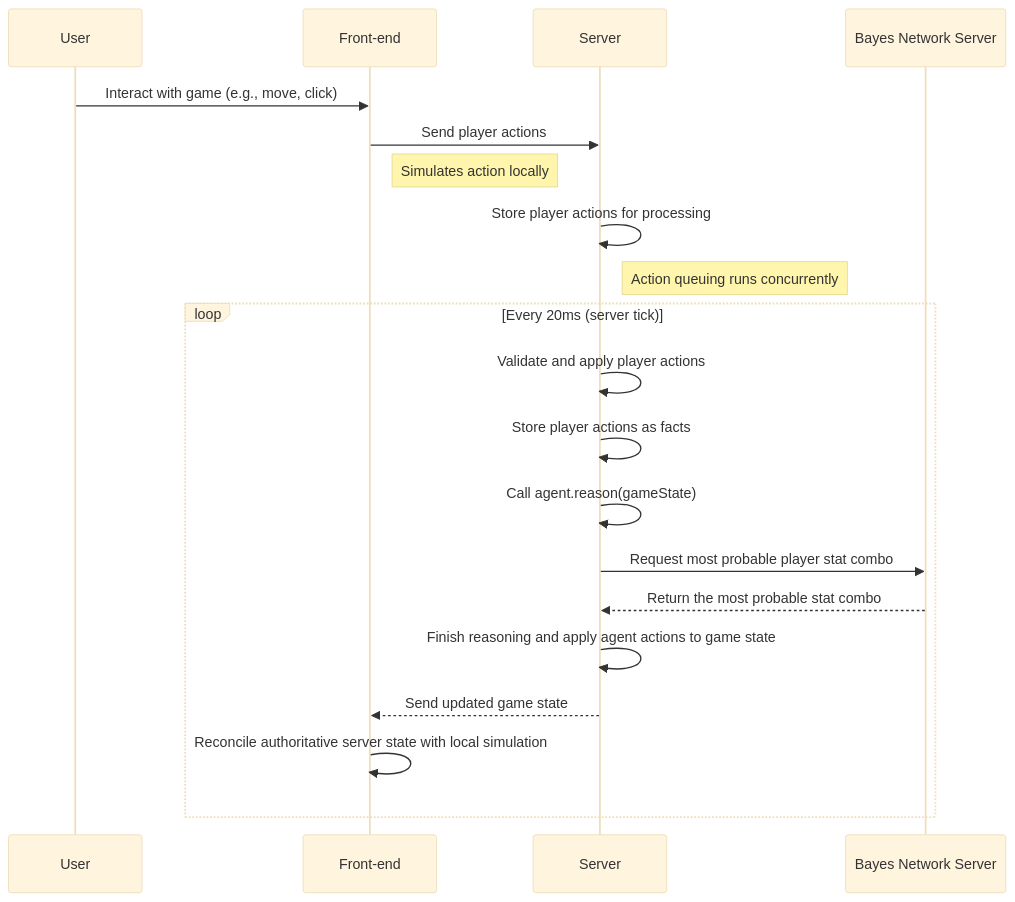
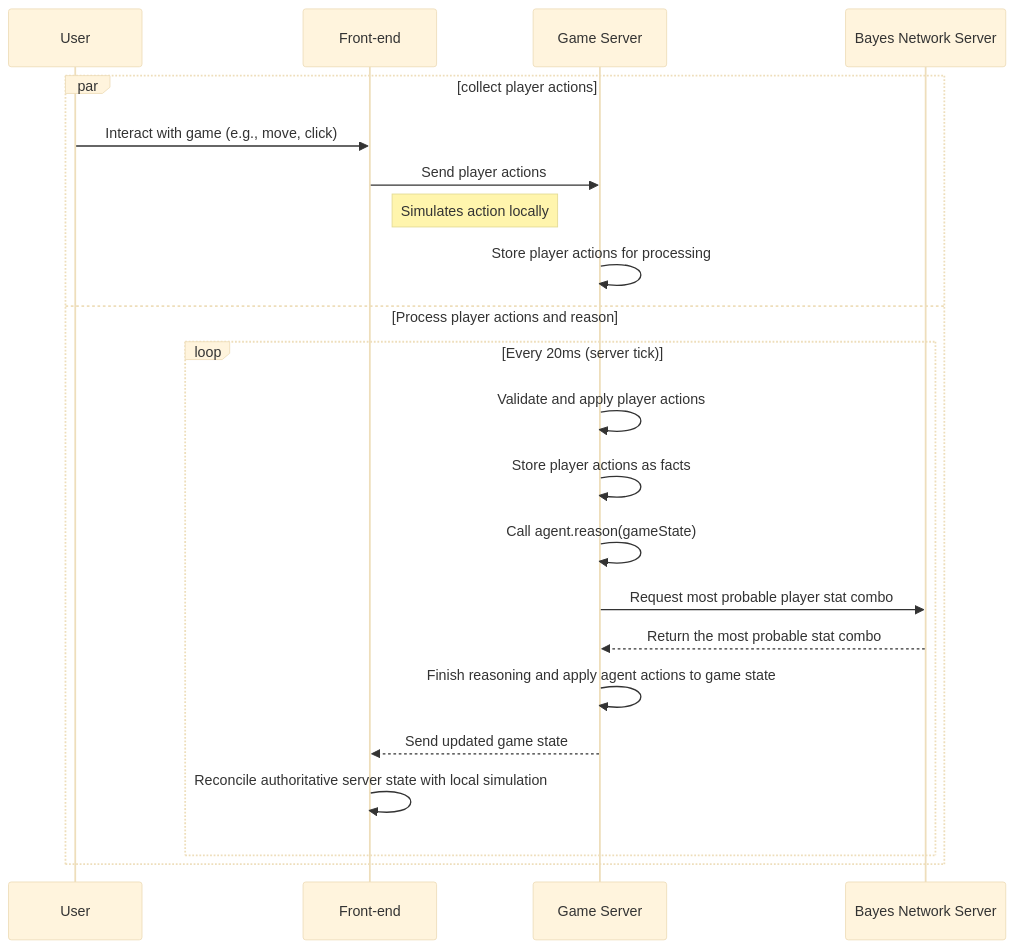
The second of 2 diagrams in docs/deep-lore.md (rchDev/game-of-points), drawn with Mermaid (base theme) before and after one commit.

Commit message:
[docs]: update player action processing sequence diagram.

````diff
--- a/docs/deep-lore.md
+++ b/docs/deep-lore.md
@@ -93,26 +93,28 @@
 ```mermaid
 sequenceDiagram
     participant User
     participant Front-end
-    participant Server
+    participant Server as Game Server
     participant BayesNet as Bayes Network Server
     
-    %% === Continuous Action Flow ===
-    User ->> Front-end: Interact with game (e.g., move, click)
-    Front-end ->> Server: Send player actions
-    note right of Front-end: Simulates action locally
-    Server ->> Server: Store player actions for processing
-    note right of Server: Action queuing runs concurrently
+    par collect player actions
+       %% === Continuous Action Flow ===
+       User ->> Front-end: Interact with game (e.g., move, click)
+       Front-end ->> Server: Send player actions
+       note right of Front-end: Simulates action locally
+       Server ->> Server: Store player actions for processing
     
-    %% === Periodic Server Tick Loop ===
-    loop Every 20ms (server tick)
-        Server ->> Server: Validate and apply player actions
-        Server ->> Server: Store player actions as facts
-        Server ->> Server: Call agent.reason(gameState)
-        Server ->> BayesNet: Request most probable player stat combo
-        BayesNet -->> Server: Return the most probable stat combo
-        Server ->> Server: Finish reasoning and apply agent actions to game state
-        Server -->> Front-end: Send updated game state
-        Front-end ->> Front-end: Reconcile authoritative server state with local simulation
+    and Process player actions and reason 
+       %% === Periodic Server Tick Loop ===
+       loop Every 20ms (server tick)
+           Server ->> Server: Validate and apply player actions
+           Server ->> Server: Store player actions as facts
+           Server ->> Server: Call agent.reason(gameState)
+           Server ->> BayesNet: Request most probable player stat combo
+           BayesNet -->> Server: Return the most probable stat combo
+           Server ->> Server: Finish reasoning and apply agent actions to game state
+           Server -->> Front-end: Send updated game state
+           Front-end ->> Front-end: Reconcile authoritative server state with local simulation
+       end
     end
 ```
````
